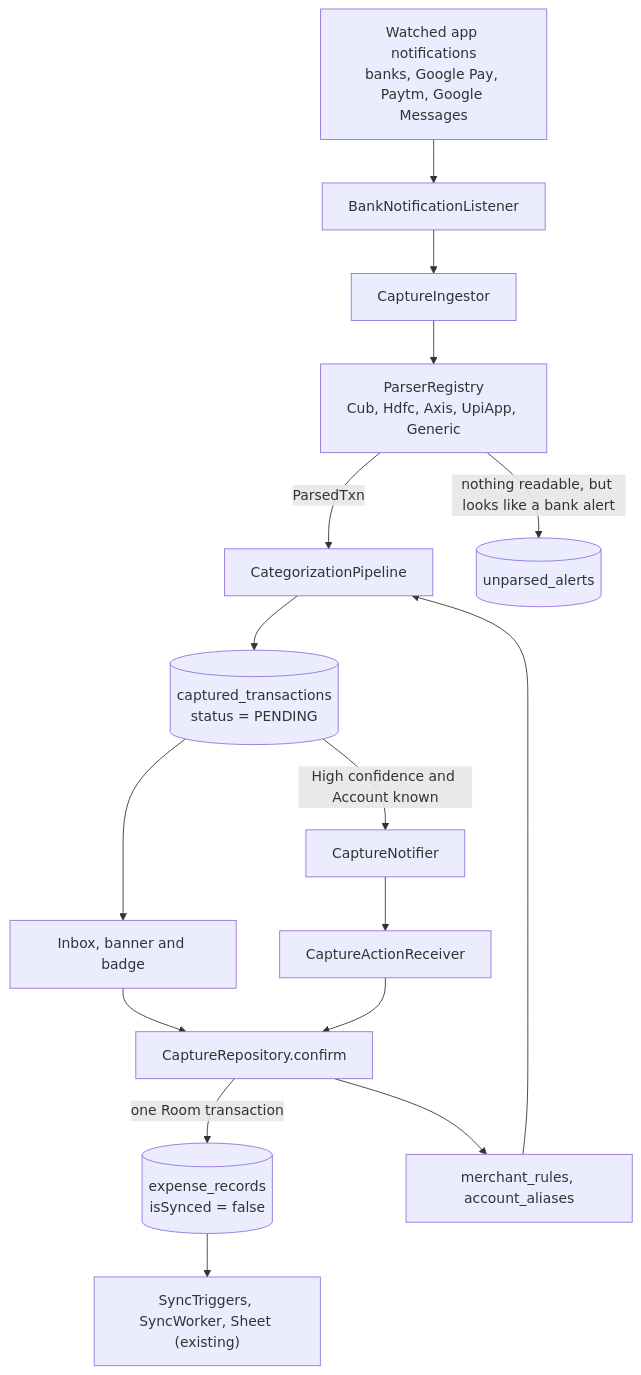
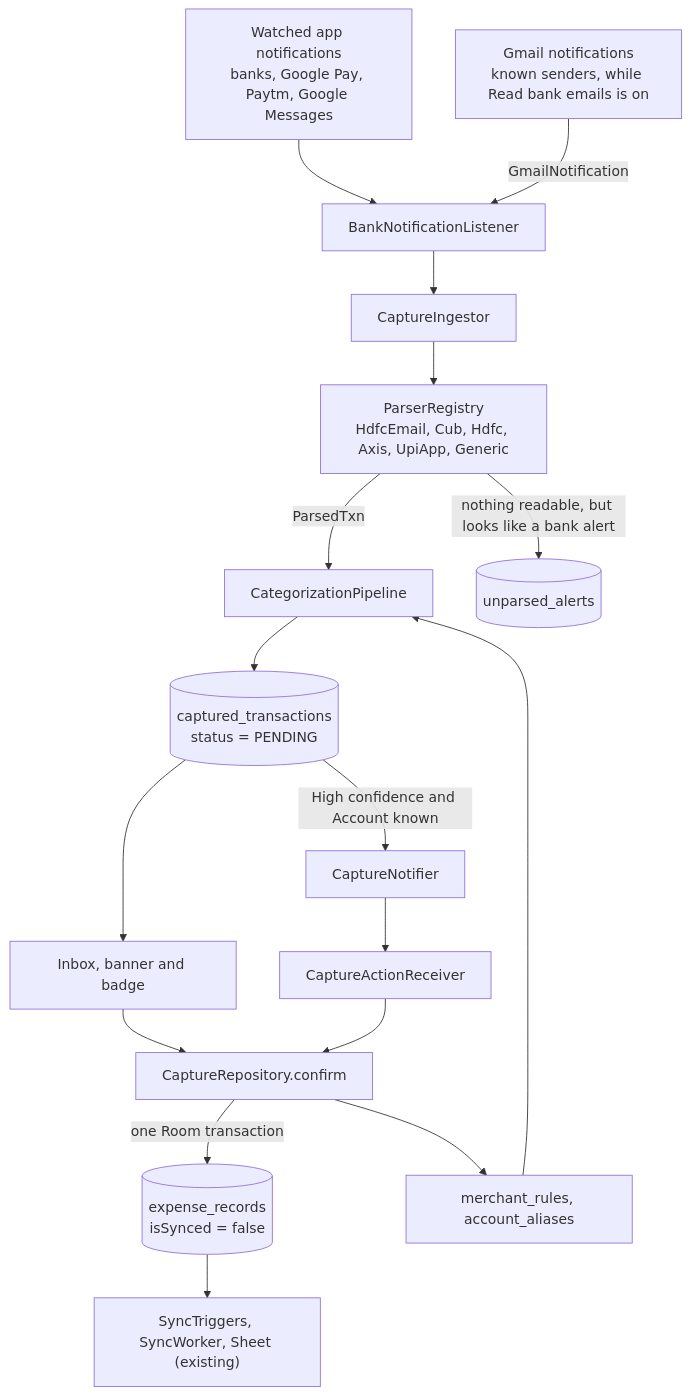
The diagram in docs/AUTO_CAPTURE.md (issaczerubbabela/L-Edgar), drawn with Mermaid before and after one commit. The commit also changed other lines of this file and 21 other files, not shown here.

First line of the commit message:
Auto-capture: read HDFC alert emails through Gmail, behind Read bank emails (#180)

````diff
--- a/docs/AUTO_CAPTURE.md
+++ b/docs/AUTO_CAPTURE.md
@@ -100,18 +101,19 @@
 ```mermaid
 graph TD
     SRC["Watched app notifications<br/>banks, Google Pay, Paytm, Google Messages"] --> L[BankNotificationListener]
+    GM["Gmail notifications<br/>known senders, while Read bank emails is on"] -->|"GmailNotification"| L
     L --> ING[CaptureIngestor]
-    ING --> REG["ParserRegistry<br/>Cub, Hdfc, Axis, UpiApp, Generic"]
+    ING --> REG["ParserRegistry<br/>HdfcEmail, Cub, Hdfc, Axis, UpiApp, Generic"]
     REG -->|"ParsedTxn"| CAT[CategorizationPipeline]
     REG -->|"nothing readable, but looks like a bank alert"| UNP[("unparsed_alerts")]
     CAT --> CAP[("captured_transactions<br/>status = PENDING")]
     CAP --> UI["Inbox, banner and badge"]
     CAP -->|"High confidence and Account known"| NOTI[CaptureNotifier]
     NOTI --> ACT[CaptureActionReceiver]
     UI --> REPO["CaptureRepository.confirm"]
     ACT --> REPO
     REPO -->|"one Room transaction"| EXP[("expense_records<br/>isSynced = false")]
     REPO --> LEARN["merchant_rules, account_aliases"]
     EXP --> SYNC["SyncTriggers, SyncWorker, Sheet (existing)"]
     LEARN --> CAT
 ```
````
